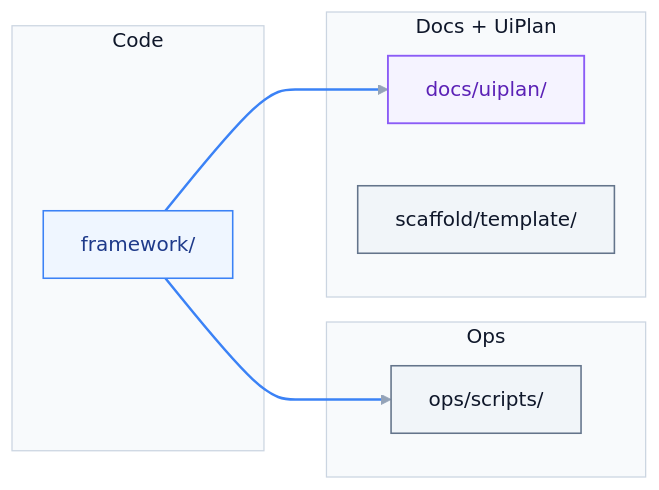
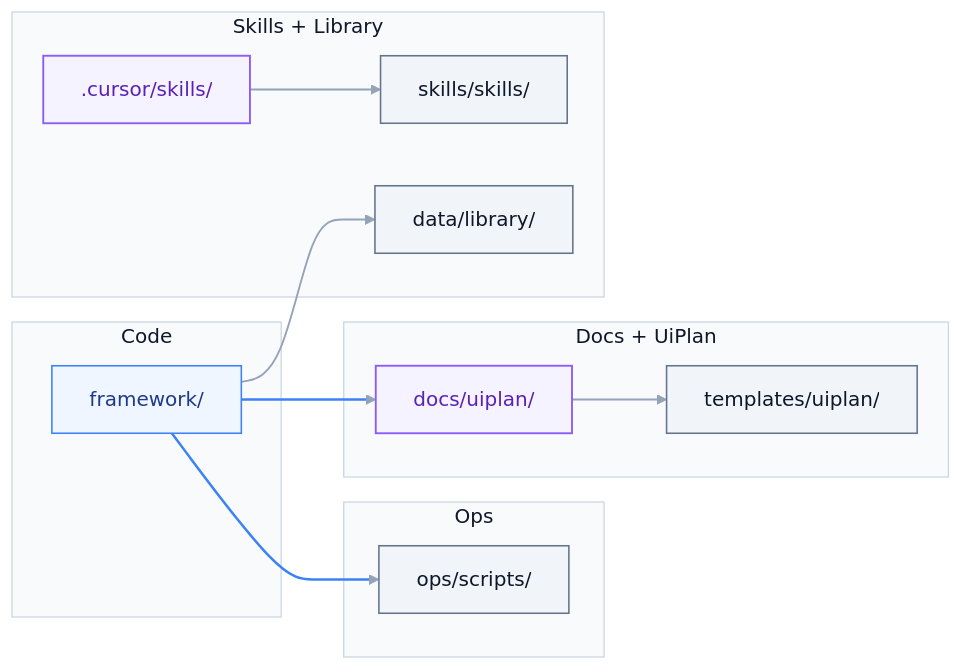
The third of 6 diagrams in README.md (DanielaRosenn/uiplan-agent-of-agents), drawn with Mermaid before and after one commit. The commit also changed other lines of this file and 1 other file, not shown here.

````diff
--- a/README.md
+++ b/README.md
@@ -57,23 +111,31 @@
 ```mermaid
 %%{init: {'theme':'base','themeVariables':{'primaryColor':'#E2E8F0','primaryTextColor':'#0F172A','primaryBorderColor':'#94A3B8','lineColor':'#94A3B8','secondaryColor':'#F1F5F9','tertiaryColor':'#F8FAFC','background':'#FFFFFF','clusterBkg':'#F8FAFC','clusterBorder':'#CBD5E1','titleColor':'#0F172A','edgeLabelBackground':'#FFFFFF','fontFamily':'Inter, ui-sans-serif, system-ui'}}}%%
 flowchart LR
   subgraph Code["Code"]
     F[framework/]:::service
   end
   subgraph Ops["Ops"]
     O[ops/scripts/]:::process
   end
   subgraph Docs["Docs + UiPlan"]
     D[docs/uiplan/]:::human
-    S[scaffold/template/]:::process
+    T[templates/uiplan/]:::process
+  end
+  subgraph Skills["Skills + Library"]
+    C[.cursor/skills/]:::human
+    S[skills/skills/]:::process
+    L[data/library/]:::process
   end
   F --> O
   F --> D
+  D --> T
+  C --> S
+  F --> L
 
   classDef process  fill:#F1F5F9,stroke:#64748B,color:#0F172A,stroke-width:1.25px
   classDef service  fill:#EFF6FF,stroke:#3B82F6,color:#1E3A8A,stroke-width:1.25px
   classDef human    fill:#F5F3FF,stroke:#8B5CF6,color:#5B21B6,stroke-width:1.5px
 
   linkStyle default stroke:#94A3B8,stroke-width:1.5px
   linkStyle 0,1 stroke:#3B82F6,stroke-width:2px
 ```
````
